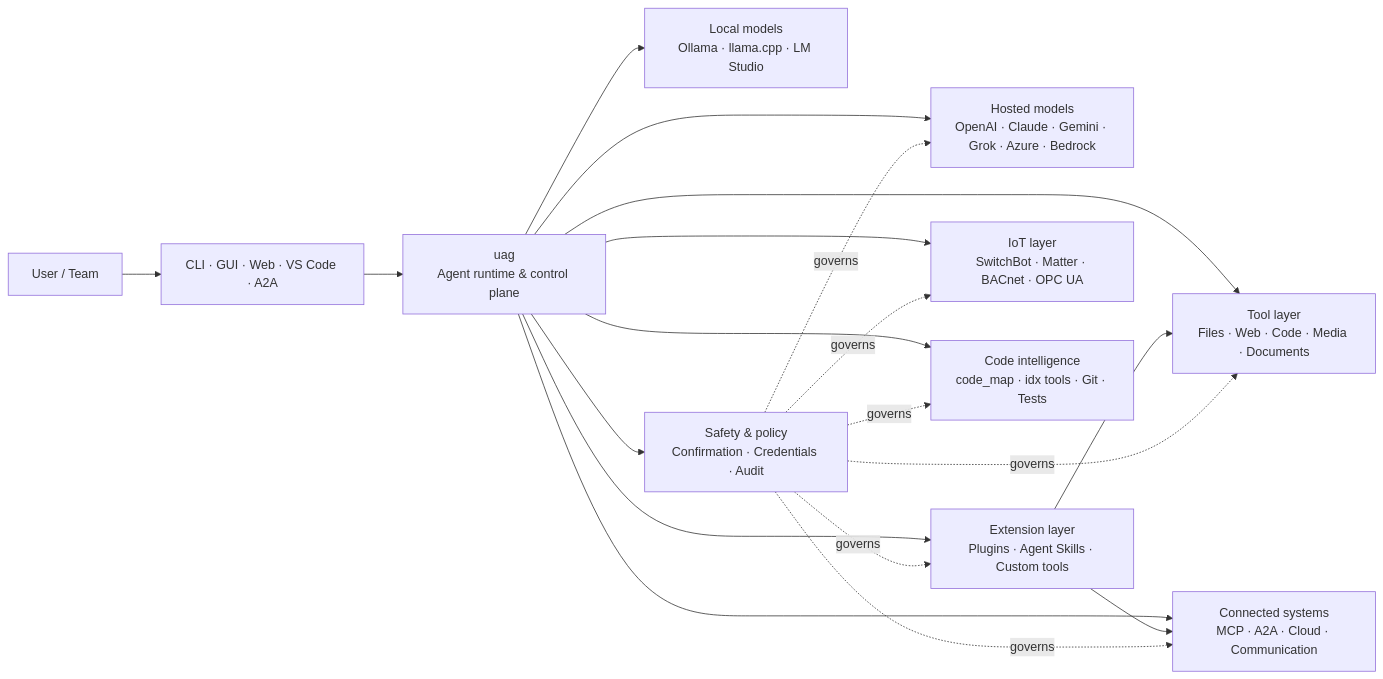
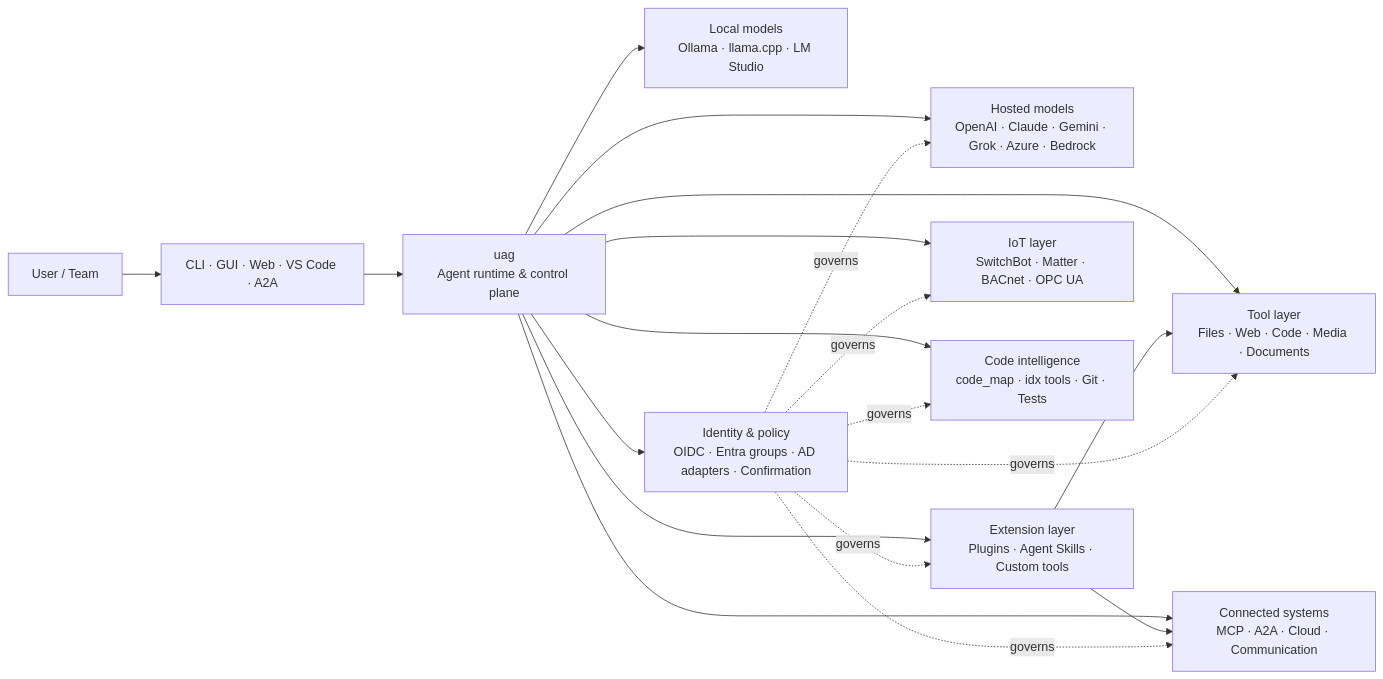
The diagram in README.md (awaku7/agentcli), drawn with Mermaid before and after one commit. The commit also changed other lines of this file, not shown here.

Commit message:
docs: highlight OIDC and enterprise identity

````diff
--- a/README.md
+++ b/README.md
@@ -52,33 +52,33 @@
 ```mermaid
 flowchart LR
     U[User / Team]
     I[CLI · GUI · Web · VS Code · A2A]
     G[uag<br/>Agent runtime & control plane]
     P[Hosted models<br/>OpenAI · Claude · Gemini · Grok · Azure · Bedrock]
     L[Local models<br/>Ollama · llama.cpp · LM Studio]
     T[Tool layer<br/>Files · Web · Code · Media · Documents]
     E[Extension layer<br/>Plugins · Agent Skills · Custom tools]
     X[Connected systems<br/>MCP · A2A · Cloud · Communication]
     D[IoT layer<br/>SwitchBot · Matter · BACnet · OPC UA]
     R[Code intelligence<br/>code_map · idx tools · Git · Tests]
-    S[Safety & policy<br/>Confirmation · Credentials · Audit]
+    S[Identity & policy<br/>OIDC · Entra groups · AD adapters · Confirmation]
 
     U --> I
     I --> G
     G --> P
     G --> L
     G --> T
     G --> E
     G --> X
     G --> D
     G --> R
     G --> S
     E --> T
     E --> X
     S -. governs .-> P
     S -. governs .-> T
     S -. governs .-> E
     S -. governs .-> X
     S -. governs .-> D
     S -. governs .-> R
 ```
````
